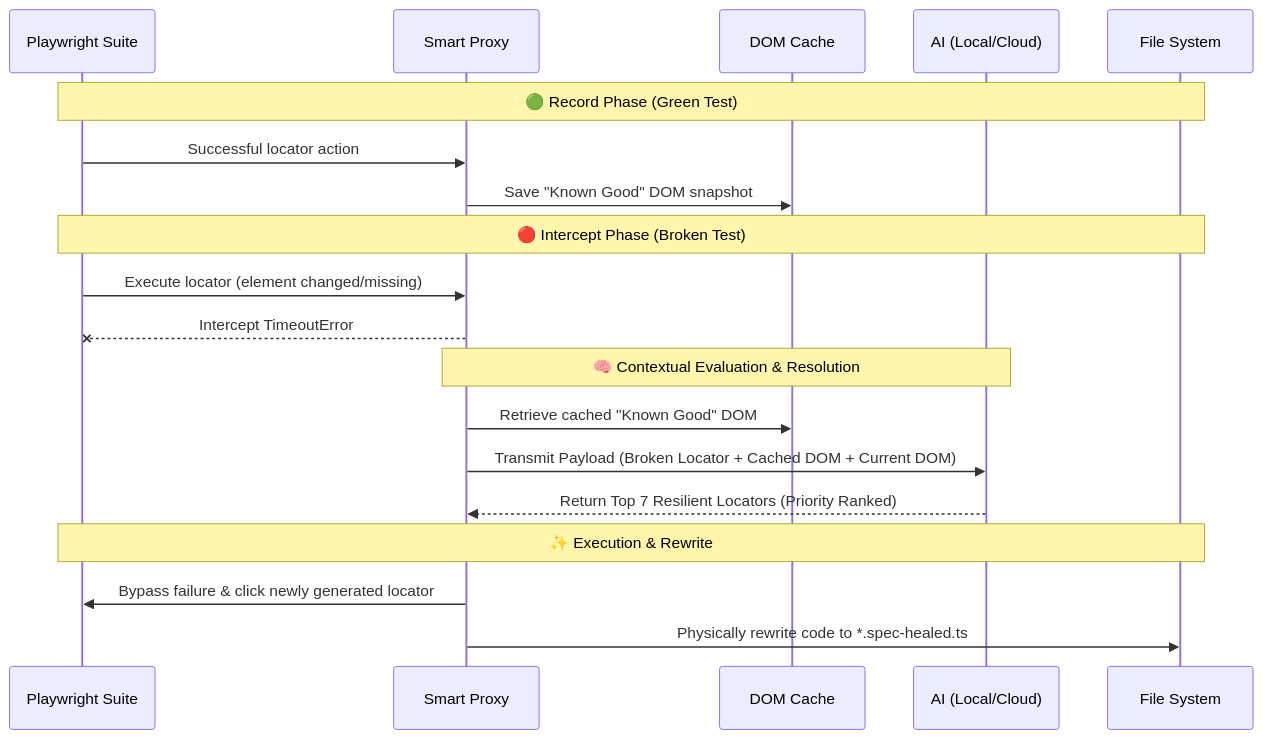
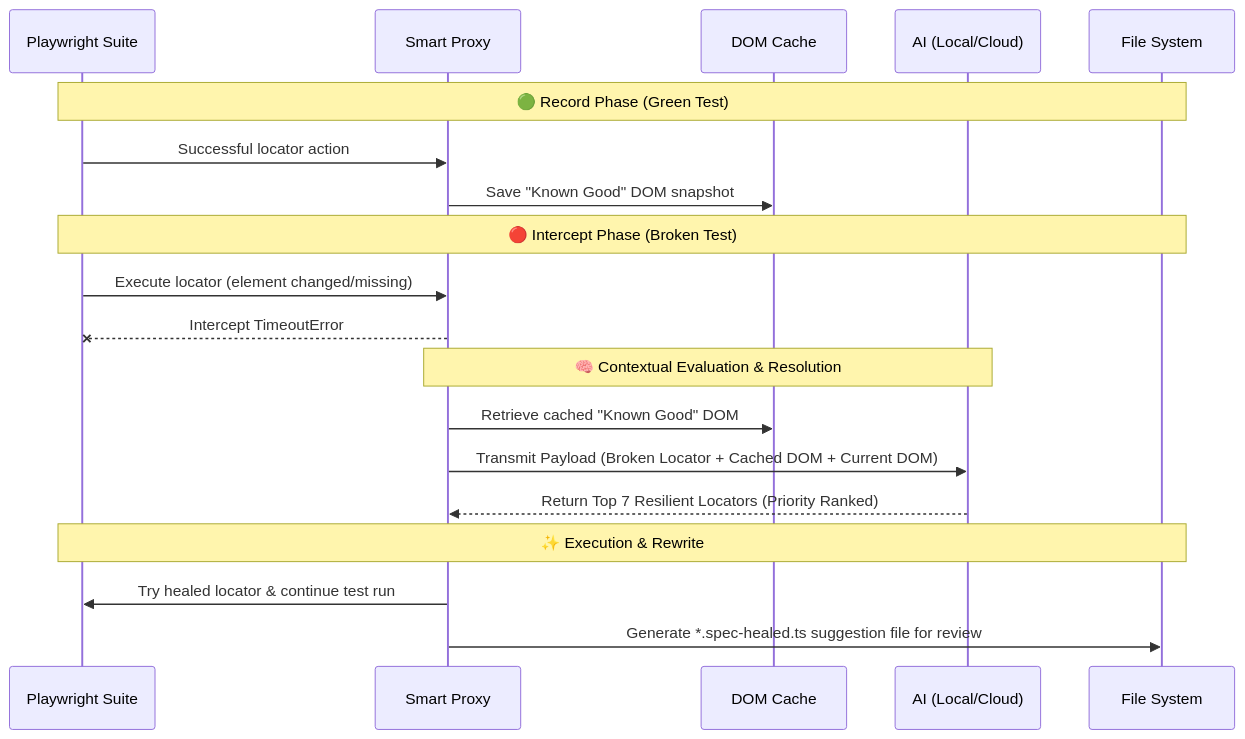
One commit to AxeForging/playwright-smart-locators changed the diagram in README.md. Above: the diagram before and after it, drawn with Mermaid. The commit also changed other lines of this file, not shown here.

````diff
--- a/README.md
+++ b/README.md
@@ -120,25 +134,25 @@
 ```mermaid
 sequenceDiagram
     participant Test as Playwright Suite
     participant Proxy as Smart Proxy
     participant Cache as DOM Cache
     participant LLM as AI (Local/Cloud)
     participant Disk as File System
 
     Note over Test, Disk: 🟢 Record Phase (Green Test)
     Test->>Proxy: Successful locator action
     Proxy->>Cache: Save "Known Good" DOM snapshot
 
     Note over Test, Disk: 🔴 Intercept Phase (Broken Test)
     Test->>Proxy: Execute locator (element changed/missing)
     Proxy--xTest: Intercept TimeoutError
     
     Note over Proxy, LLM: 🧠 Contextual Evaluation & Resolution
     Proxy->>Cache: Retrieve cached "Known Good" DOM
     Proxy->>LLM: Transmit Payload (Broken Locator + Cached DOM + Current DOM)
     LLM-->>Proxy: Return Top 7 Resilient Locators (Priority Ranked)
     
     Note over Test, Disk: ✨ Execution & Rewrite
-    Proxy->>Test: Bypass failure & click newly generated locator
-    Proxy->>Disk: Physically rewrite code to *.spec-healed.ts
+    Proxy->>Test: Try healed locator & continue test run
+    Proxy->>Disk: Generate *.spec-healed.ts suggestion file for review
 ```
````
